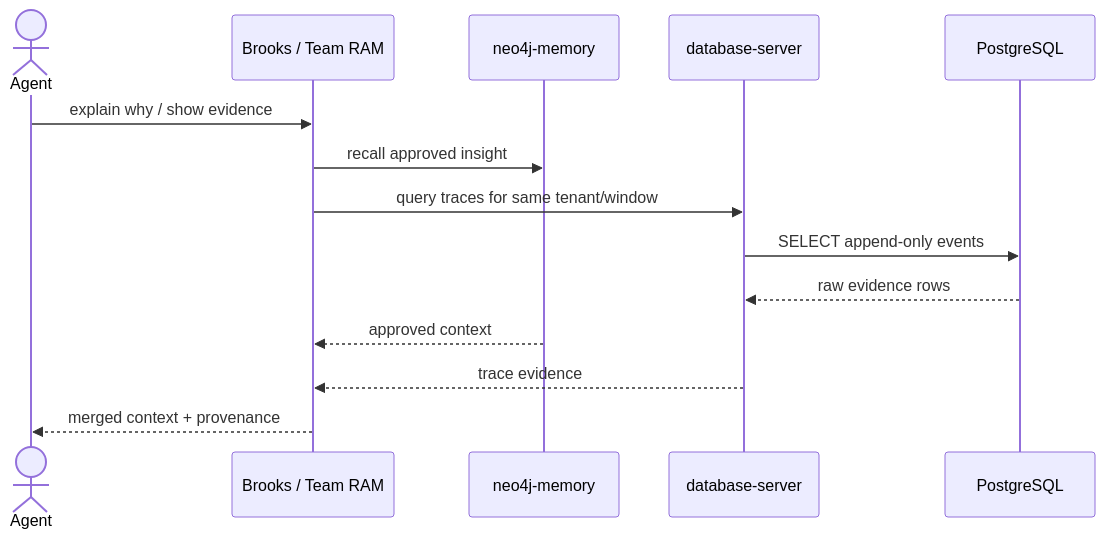
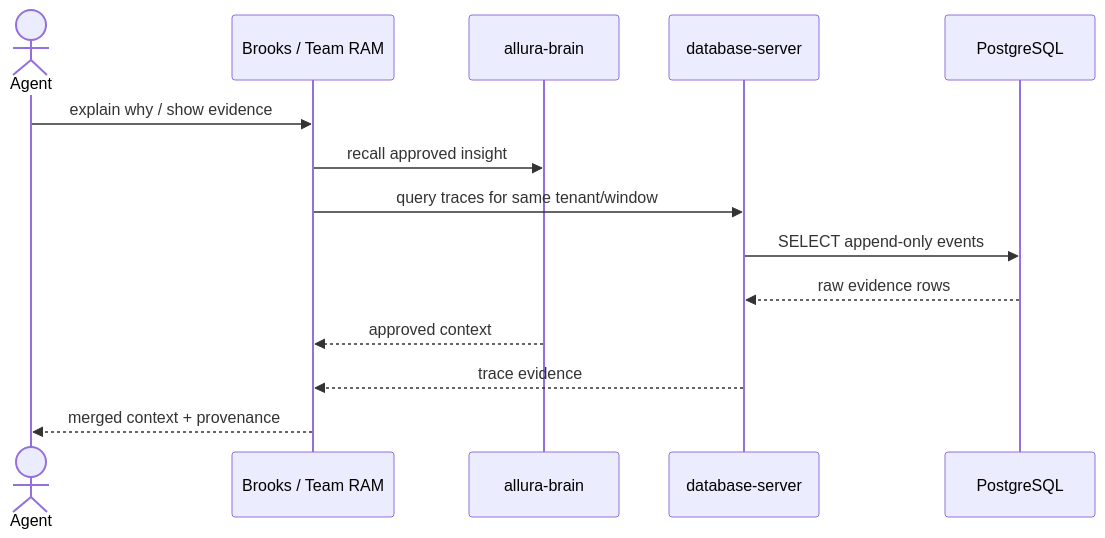
The third of 9 diagrams in docs/allura/SOLUTION-ARCHITECTURE.md (Allura-Ecosystem/Allura_Memory), drawn with Mermaid before and after one commit. The commit also changed other lines of this file and 414 other files, not shown here.

First line of the commit message:
chore: remove the retired graph backend from active Allura surfaces

````diff
--- a/docs/allura/SOLUTION-ARCHITECTURE.md
+++ b/docs/allura/SOLUTION-ARCHITECTURE.md
@@ -123,17 +120,17 @@
 ```mermaid
 sequenceDiagram
     actor Agent
     participant Brooks as Brooks / Team RAM
-    participant Memory as neo4j-memory
+    participant Memory as allura-brain
     participant DB as database-server
     participant PG as PostgreSQL
 
     Agent->>Brooks: explain why / show evidence
     Brooks->>Memory: recall approved insight
     Brooks->>DB: query traces for same tenant/window
     DB->>PG: SELECT append-only events
     PG-->>DB: raw evidence rows
     Memory-->>Brooks: approved context
     DB-->>Brooks: trace evidence
     Brooks-->>Agent: merged context + provenance
 ```
````
